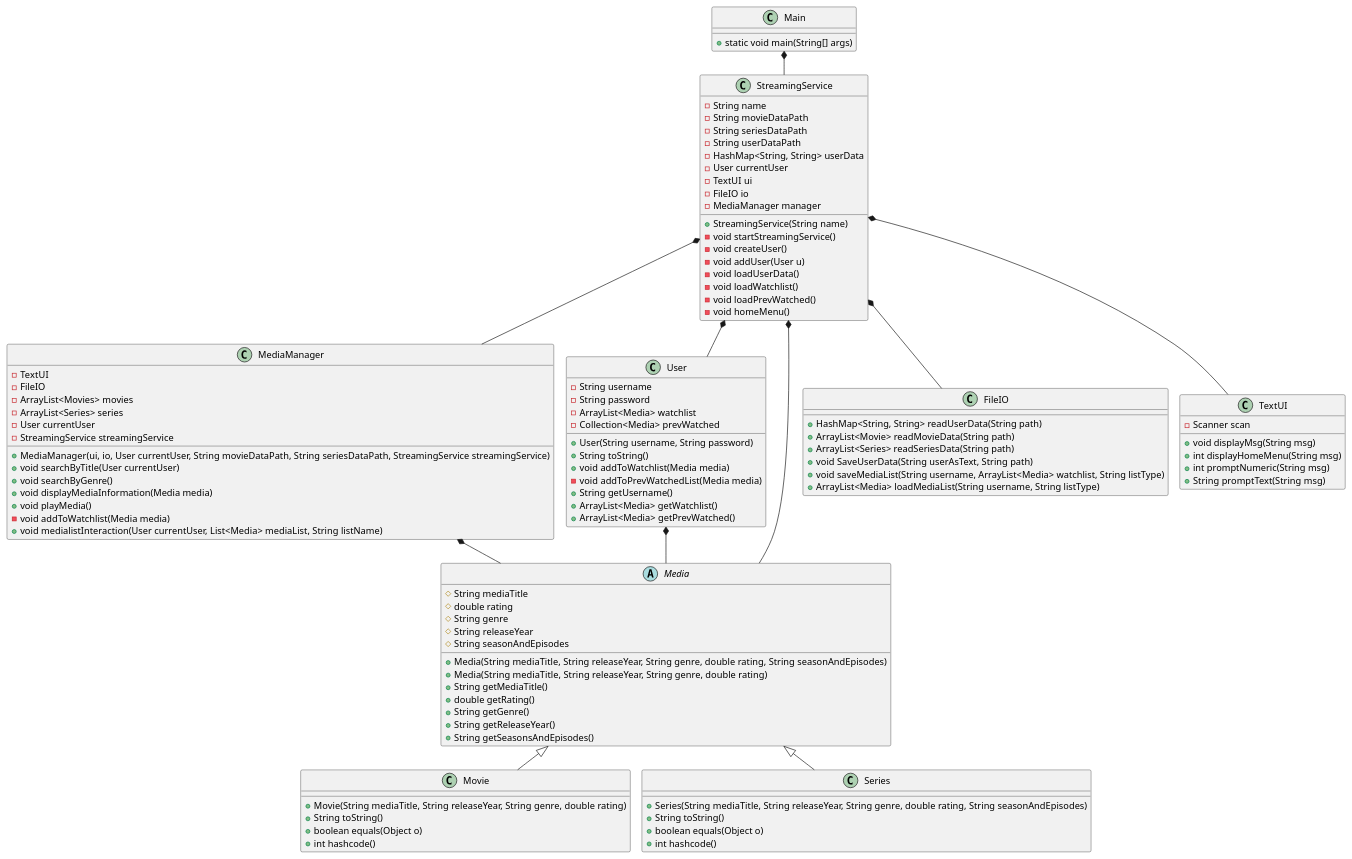
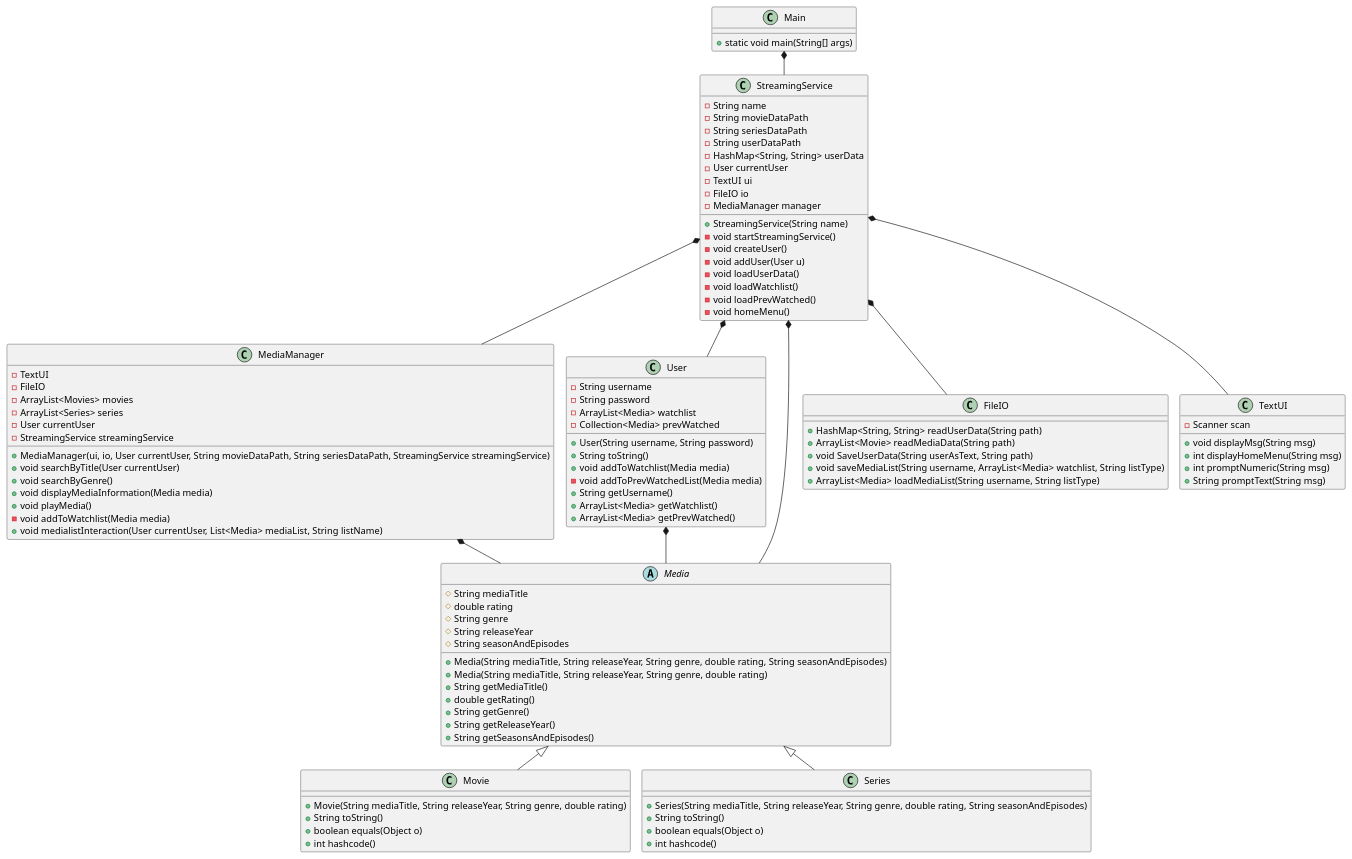
The diagram in doc/classdiagram/classdiagram_v1.puml (EmilDagsberg/SP3), drawn with PlantUML before and after one commit.

Commit message:
Ændret i klassediagrammet

```diff
--- a/doc/classdiagram/classdiagram_v1.puml
+++ b/doc/classdiagram/classdiagram_v1.puml
@@ -1,117 +1,116 @@
 @startuml
 !pragma layout smetana
 
 class Main {
 + static void main(String[] args)
 }
 
 class StreamingService{
 - String name
 - String movieDataPath
 - String seriesDataPath
 - String userDataPath
 - HashMap<String, String> userData
 - User currentUser
 - TextUI ui
 - FileIO io
 - MediaManager manager
 + StreamingService(String name)
 - void startStreamingService()
 - void createUser()
 - void addUser(User u)
 - void loadUserData()
 - void loadWatchlist()
 - void loadPrevWatched()
 - void homeMenu()
 
 
 }
 
 class MediaManager {
 - TextUI
 - FileIO
 - ArrayList<Movies> movies
 - ArrayList<Series> series
 - User currentUser
 - StreamingService streamingService
 + MediaManager(ui, io, User currentUser, String movieDataPath, String seriesDataPath, StreamingService streamingService)
 + void searchByTitle(User currentUser)
 + void searchByGenre()
 + void displayMediaInformation(Media media)
 + void playMedia()
 - void addToWatchlist(Media media)
 + void medialistInteraction(User currentUser, List<Media> mediaList, String listName)
 }
 
 class User {
 - String username
 - String password
 - ArrayList<Media> watchlist
 - Collection<Media> prevWatched
 + User(String username, String password)
 + String toString()
 + void addToWatchlist(Media media)
 - void addToPrevWatchedList(Media media)
 + String getUsername()
 + ArrayList<Media> getWatchlist()
 + ArrayList<Media> getPrevWatched()
 }
 
 
 abstract class Media{
 # String mediaTitle
 # double rating
 # String genre
 # String releaseYear
 # String seasonAndEpisodes
 +Media(String mediaTitle, String releaseYear, String genre, double rating, String seasonAndEpisodes)
 +Media(String mediaTitle, String releaseYear, String genre, double rating)
 +String getMediaTitle()
 +double getRating()
 +String getGenre()
 +String getReleaseYear()
 +String getSeasonsAndEpisodes()
 }
 
 class Movie{
 + Movie(String mediaTitle, String releaseYear, String genre, double rating)
 + String toString()
 + boolean equals(Object o)
 + int hashcode()
 }
 
 class Series{
 +Series(String mediaTitle, String releaseYear, String genre, double rating, String seasonAndEpisodes)
 +String toString()
 + boolean equals(Object o)
 + int hashcode()
 }
 
 class FileIO {
 + HashMap<String, String> readUserData(String path)
-+ ArrayList<Movie> readMovieData(String path)
-+ ArrayList<Series> readSeriesData(String path)
++ ArrayList<Movie> readMediaData(String path)
 + void SaveUserData(String userAsText, String path)
 + void saveMediaList(String username, ArrayList<Media> watchlist, String listType)
 + ArrayList<Media> loadMediaList(String username, String listType)
 }
 
 class TextUI {
 - Scanner scan
 + void displayMsg(String msg)
 + int displayHomeMenu(String msg)
 + int promptNumeric(String msg)
 + String promptText(String msg)
 }
 
 Main *-- StreamingService
 StreamingService *-- MediaManager
 MediaManager *-- Media
 StreamingService *-- User
 StreamingService *-- FileIO
 StreamingService *-- TextUI
 Media <|-- Movie
 Media <|-- Series
 StreamingService *-- Media
 User *-- Media
 @enduml
```
